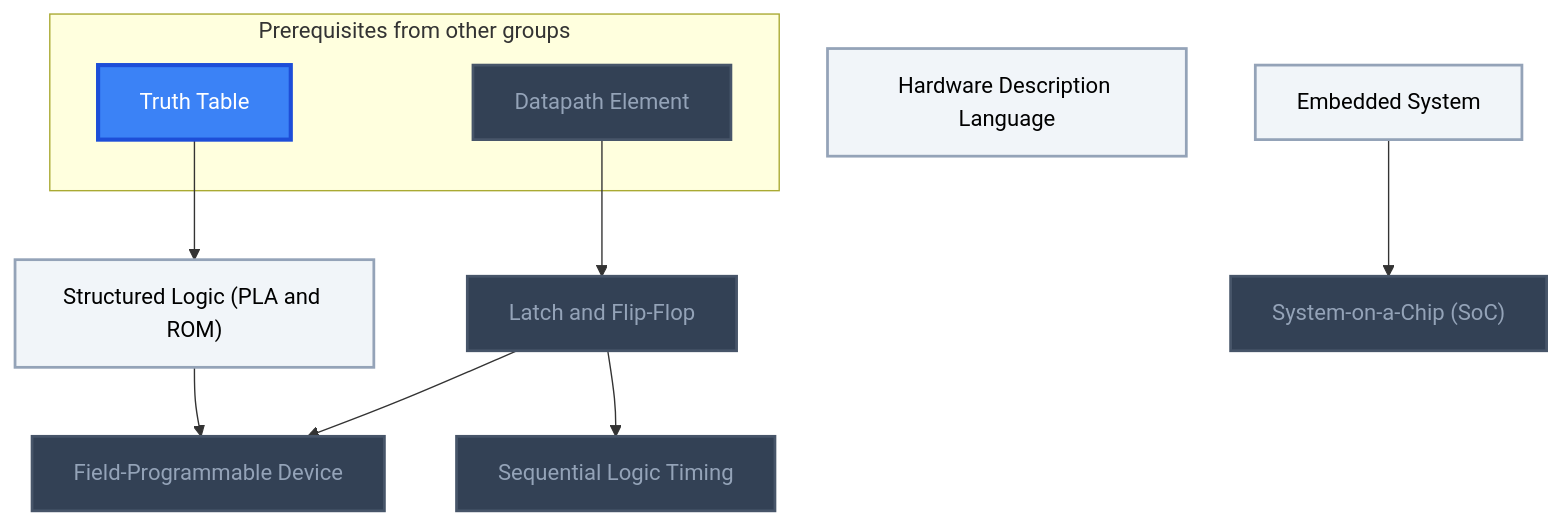
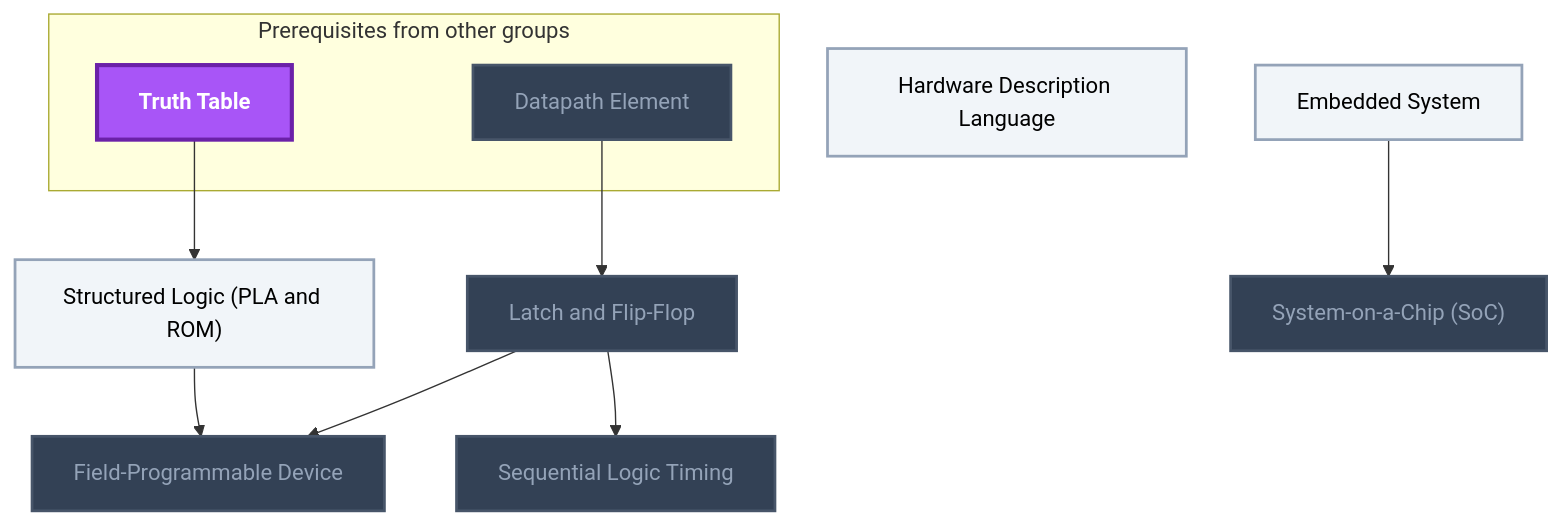
The eighth of 8 diagrams in Gamification/Skill Trees/Computer Architecture.md (MRauf1/My-Notes), drawn with Mermaid before and after one commit. The commit also changed 145 other files, not shown here.

````diff
--- a/Gamification/Skill Trees/Computer Architecture.md
+++ b/Gamification/Skill Trees/Computer Architecture.md
@@ -472,33 +472,33 @@
 ```mermaid
 flowchart TD
     classDef planned fill:#1E293B,stroke:#64748B,stroke-width:2px,stroke-dasharray:5 5,color:#94A3B8;
     classDef locked fill:#334155,stroke:#475569,stroke-width:2px,color:#94A3B8;
     classDef L0 fill:#F1F5F9,stroke:#94A3B8,stroke-width:2px,color:#000000;
     classDef L1 fill:#22C55E,stroke:#15803D,stroke-width:2px,color:#000000;
     classDef L2 fill:#3B82F6,stroke:#1D4ED8,stroke-width:3px,color:#FFFFFF;
     classDef L3 fill:#A855F7,stroke:#6B21A8,stroke-width:3px,color:#FFFFFF,font-weight:bold;
     classDef L4 fill:#F97316,stroke:#C2410C,stroke-width:4px,color:#000000,font-weight:bold;
     classDef L5 fill:#FFD700,stroke:#FF8C00,stroke-width:5px,color:#000000,font-weight:bold;
     classDef rusty stroke:#8B4513,stroke-width:4px,stroke-dasharray:3 3;
     subgraph sg_prereqs["Prerequisites from other groups"]
         n_truth_table["Truth Table"]
         n_datapath_element["Datapath Element"]
     end
     n_structured_logic_pla_and_rom["Structured Logic (PLA and ROM)"]
     n_hardware_description_language["Hardware Description Language"]
     n_latch_and_flip_flop["Latch and Flip-Flop"]
     n_sequential_logic_timing["Sequential Logic Timing"]
     n_field_programmable_device["Field-Programmable Device"]
     n_embedded_system["Embedded System"]
     n_system_on_a_chip_soc["System-on-a-Chip (SoC)"]
     n_truth_table --> n_structured_logic_pla_and_rom
     n_datapath_element --> n_latch_and_flip_flop
     n_latch_and_flip_flop --> n_sequential_logic_timing
     n_structured_logic_pla_and_rom --> n_field_programmable_device
     n_latch_and_flip_flop --> n_field_programmable_device
     n_embedded_system --> n_system_on_a_chip_soc
     class n_datapath_element,n_latch_and_flip_flop,n_sequential_logic_timing,n_field_programmable_device,n_system_on_a_chip_soc locked;
     class n_structured_logic_pla_and_rom,n_hardware_description_language,n_embedded_system L0;
-    class n_truth_table L2;
+    class n_truth_table L3;
     class n_truth_table,n_datapath_element,n_structured_logic_pla_and_rom,n_hardware_description_language,n_latch_and_flip_flop,n_sequential_logic_timing,n_field_programmable_device,n_embedded_system,n_system_on_a_chip_soc internal-link;
 ```
````
